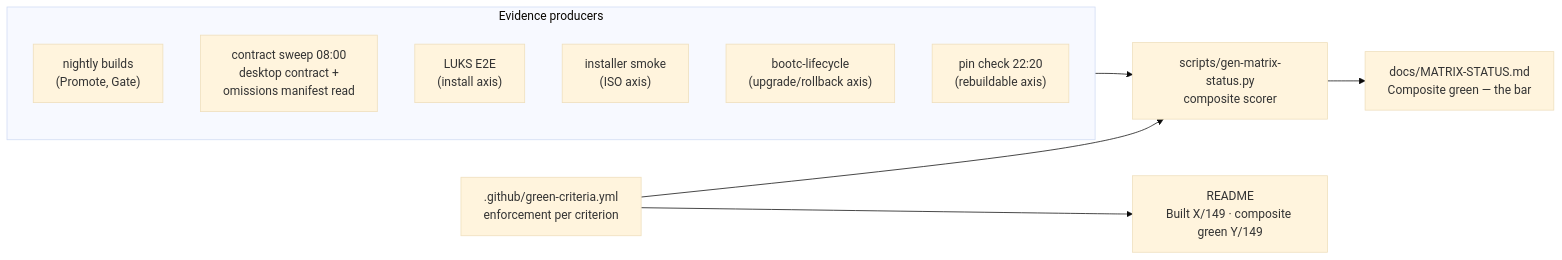
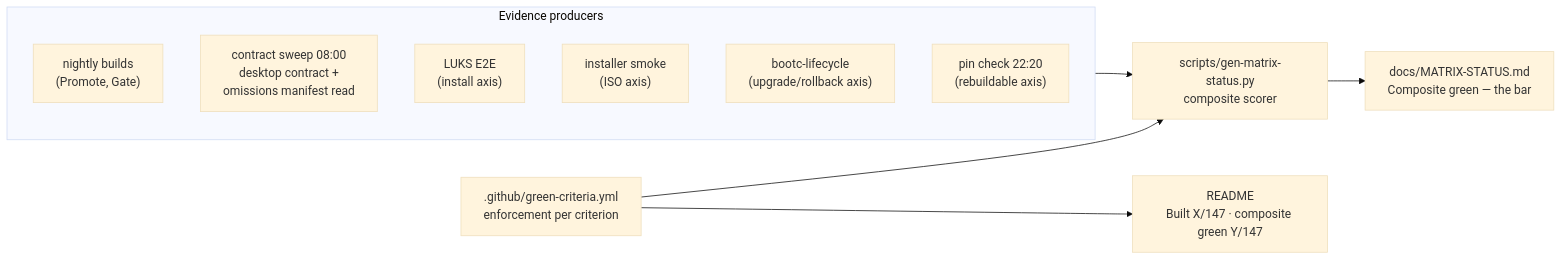
The fifth of 5 diagrams in docs/DEVELOPER-GUIDE.md (tuna-os/tunaOS), drawn with Mermaid (base theme) before and after one commit. The commit also changed other lines of this file and 29 other files, not shown here.

````diff
--- a/docs/DEVELOPER-GUIDE.md
+++ b/docs/DEVELOPER-GUIDE.md
@@ -293,20 +293,20 @@
 ```mermaid
 flowchart LR
     subgraph evidence["Evidence producers"]
         BLD["nightly builds<br/>(Promote, Gate)"]
         SWEEP["contract sweep 08:00<br/>desktop contract +<br/>omissions manifest read"]
         LUKS["LUKS E2E<br/>(install axis)"]
         ISO["installer smoke<br/>(ISO axis)"]
         LC["bootc-lifecycle<br/>(upgrade/rollback axis)"]
         PIN["pin check 22:20<br/>(rebuildable axis)"]
     end
     CRIT[".github/green-criteria.yml<br/>enforcement per criterion"]
     GEN["scripts/gen-matrix-status.py<br/>composite scorer"]
     MS["docs/MATRIX-STATUS.md<br/>Composite green — the bar"]
-    RM["README<br/>Built X/149 · composite green Y/149"]
+    RM["README<br/>Built X/147 · composite green Y/147"]
 
     evidence --> GEN
     CRIT --> GEN
     GEN --> MS
     CRIT --> RM
 ```
````
